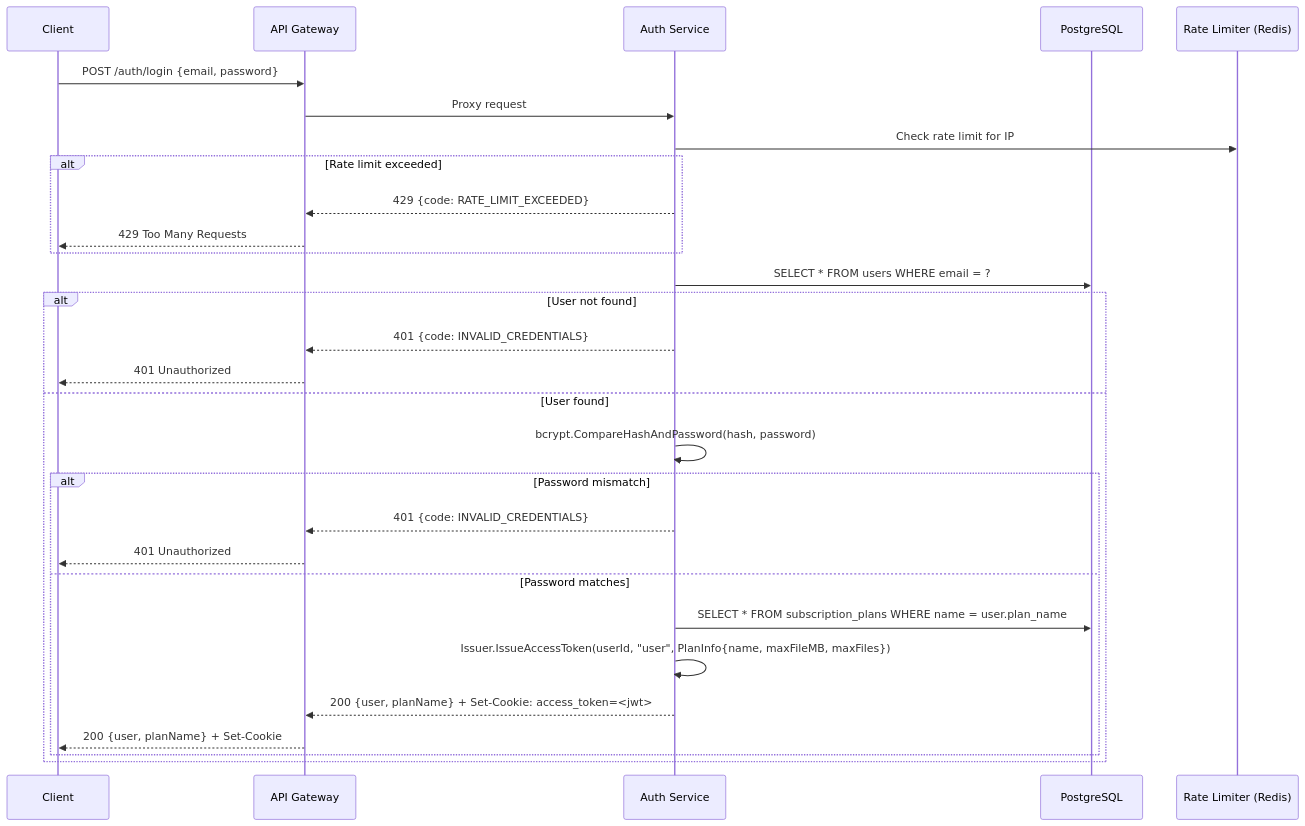
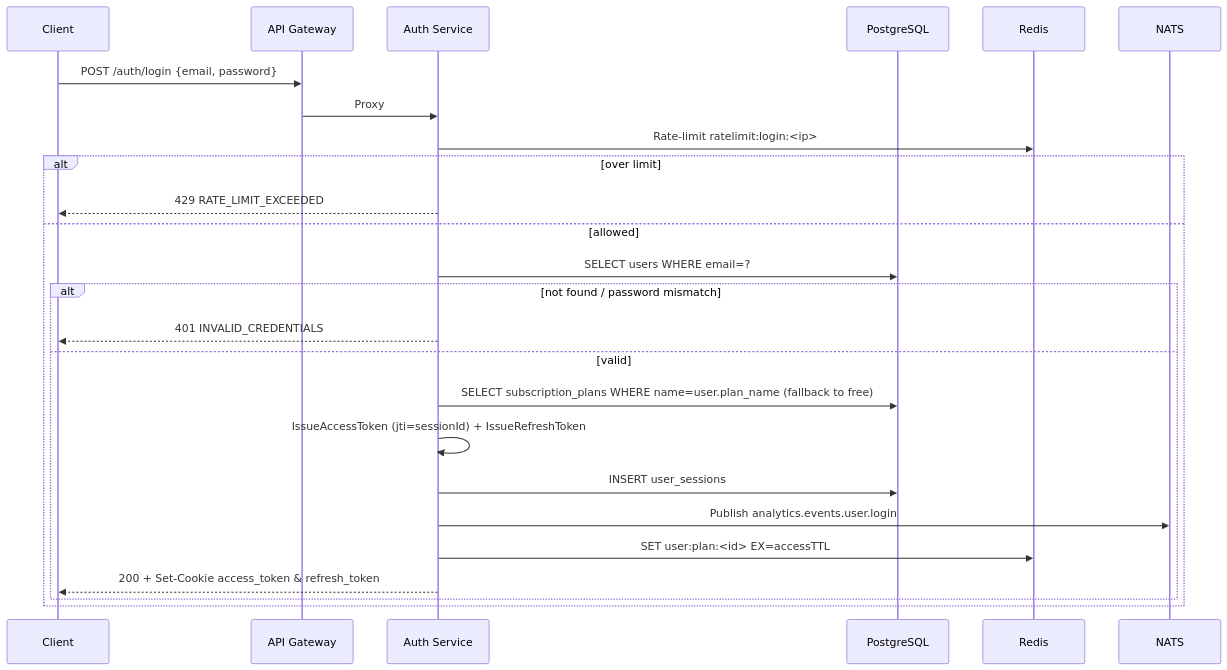
Before and after one commit to Prachidubey2003/fyredocs_backend: the second of 6 diagrams in docs/developer/services/AUTH_SERVICE.md, drawn with Mermaid. The commit also changed other lines of this file and 39 other files, not shown here.

````diff
--- a/docs/developer/services/AUTH_SERVICE.md
+++ b/docs/developer/services/AUTH_SERVICE.md
@@ -194,34 +230,28 @@
 ```mermaid
 sequenceDiagram
     participant C as Client
     participant GW as API Gateway
     participant AS as Auth Service
     participant DB as PostgreSQL
-    participant RL as Rate Limiter (Redis)
+    participant R as Redis
+    participant NATS as NATS
 
     C->>GW: POST /auth/login {email, password}
-    GW->>AS: Proxy request
-
-    AS->>RL: Check rate limit for IP
-    alt Rate limit exceeded
-        AS-->>GW: 429 {code: RATE_LIMIT_EXCEEDED}
-        GW-->>C: 429 Too Many Requests
-    end
-
-    AS->>DB: SELECT * FROM users WHERE email = ?
-    alt User not found
-        AS-->>GW: 401 {code: INVALID_CREDENTIALS}
-        GW-->>C: 401 Unauthorized
-    else User found
-        AS->>AS: bcrypt.CompareHashAndPassword(hash, password)
-        alt Password mismatch
-            AS-->>GW: 401 {code: INVALID_CREDENTIALS}
-            GW-->>C: 401 Unauthorized
-        else Password matches
-            AS->>DB: SELECT * FROM subscription_plans WHERE name = user.plan_name
-            AS->>AS: Issuer.IssueAccessToken(userId, "user", PlanInfo{name, maxFileMB, maxFiles})
-            AS-->>GW: 200 {user, planName} + Set-Cookie: access_token=<jwt>
-            GW-->>C: 200 {user, planName} + Set-Cookie
+    GW->>AS: Proxy
+    AS->>R: Rate-limit ratelimit:login:<ip>
+    alt over limit
+        AS-->>C: 429 RATE_LIMIT_EXCEEDED
+    else allowed
+        AS->>DB: SELECT users WHERE email=?
+        alt not found / password mismatch
+            AS-->>C: 401 INVALID_CREDENTIALS
+        else valid
+            AS->>DB: SELECT subscription_plans WHERE name=user.plan_name (fallback to free)
+            AS->>AS: IssueAccessToken (jti=sessionId) + IssueRefreshToken
+            AS->>DB: INSERT user_sessions
+            AS->>NATS: Publish analytics.events.user.login
+            AS->>R: SET user:plan:<id> EX=accessTTL
+            AS-->>C: 200 + Set-Cookie access_token & refresh_token
         end
     end
 ```
````
